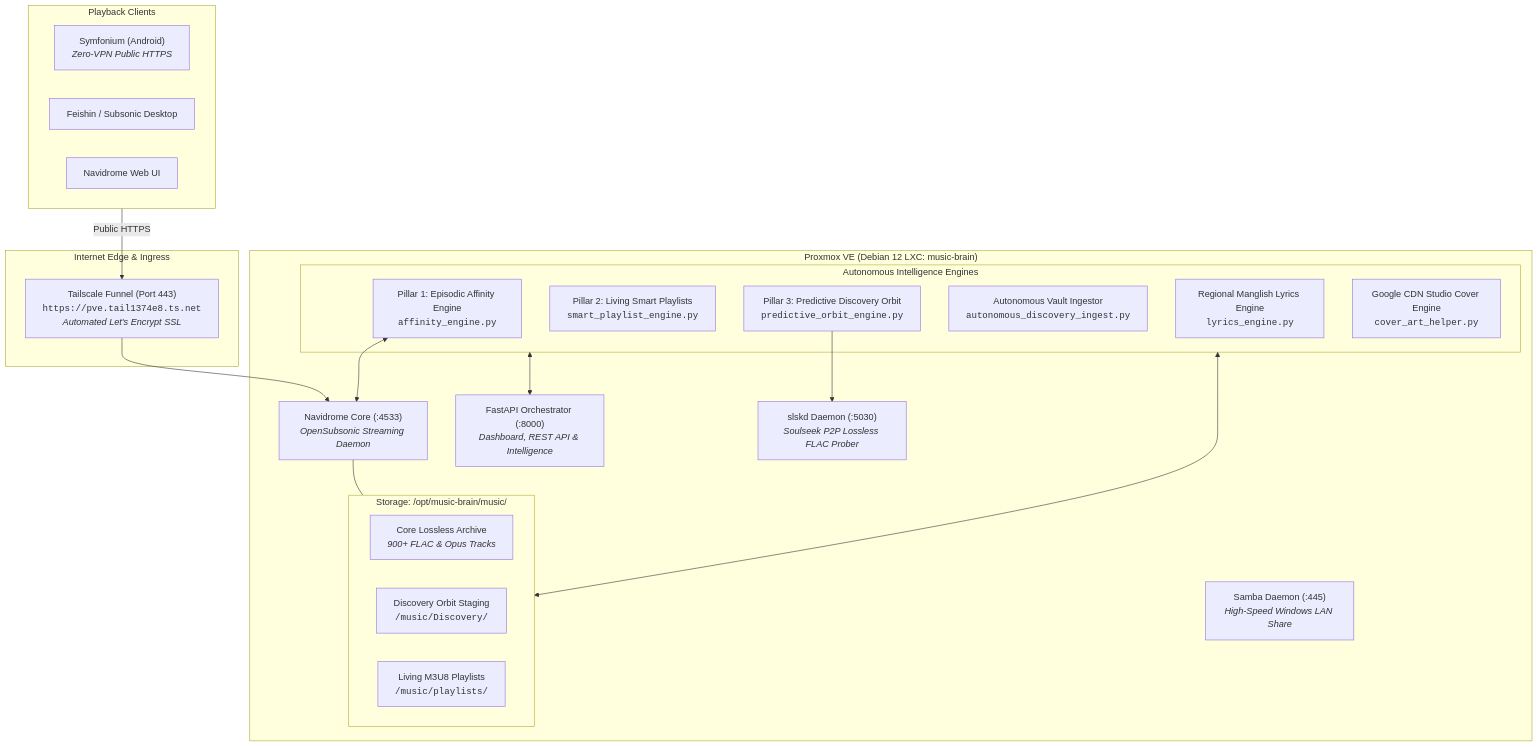
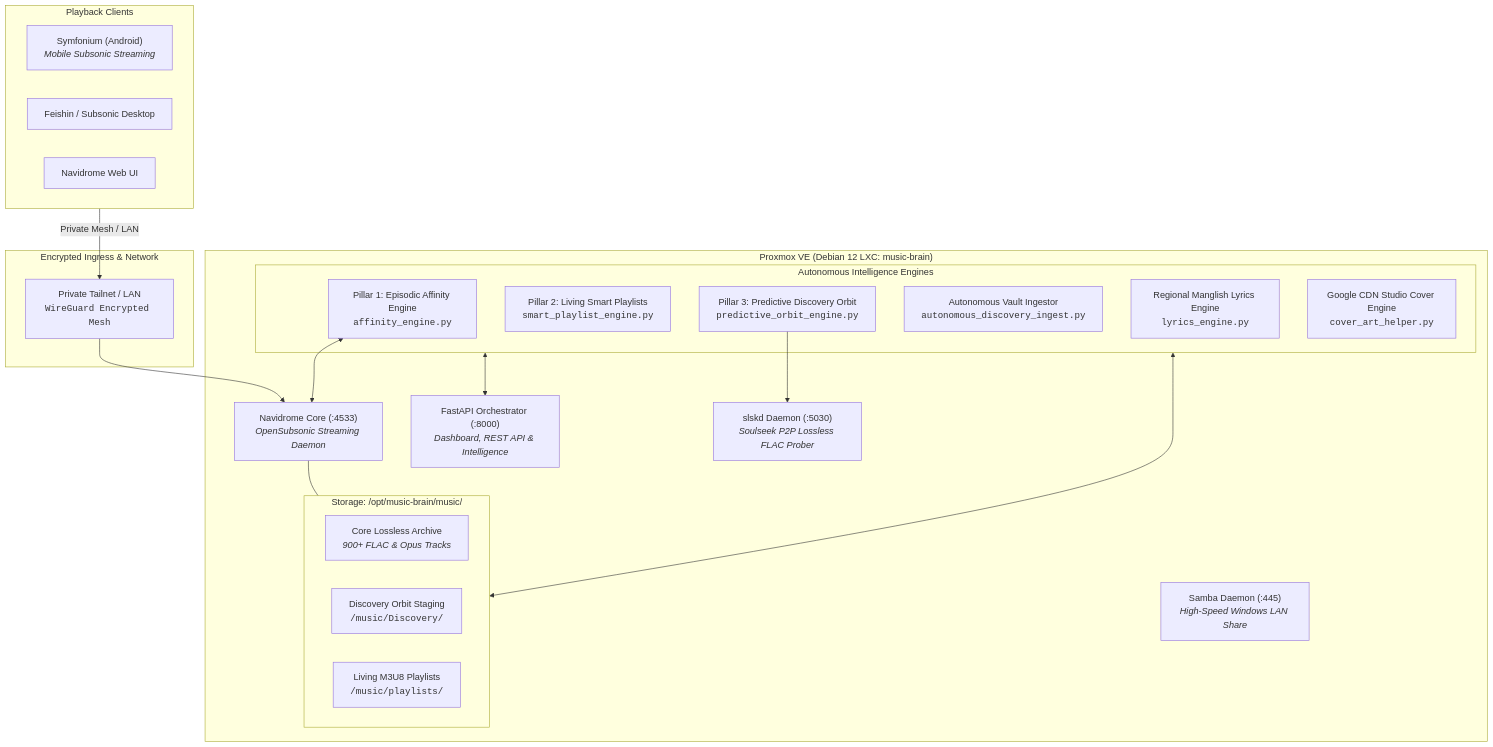
The first of 2 diagrams in README.md (Ihsan01i/Lossless-Vault), drawn with Mermaid before and after one commit. The commit also changed other lines of this file, not shown here.

Commit message:
docs: update architecture and streaming docs to private tailnet ingress

````diff
--- a/README.md
+++ b/README.md
@@ -17,42 +17,42 @@
 ```mermaid
 flowchart TD
     subgraph Clients["Playback Clients"]
-        SYM["Symfonium (Android)<br><i>Zero-VPN Public HTTPS</i>"]
+        SYM["Symfonium (Android)<br><i>Mobile Subsonic Streaming</i>"]
         FEI["Feishin / Subsonic Desktop"]
         WEB["Navidrome Web UI"]
     end
 
-    subgraph Ingress["Internet Edge & Ingress"]
-        TF["Tailscale Funnel (Port 443)<br><code>https://pve.tail1374e8.ts.net</code><br><i>Automated Let's Encrypt SSL</i>"]
+    subgraph Ingress["Encrypted Ingress & Network"]
+        TF["Private Tailnet / LAN<br><code>WireGuard Encrypted Mesh</code>"]
     end
 
     subgraph Proxmox["Proxmox VE (Debian 12 LXC: music-brain)"]
         NAVI["Navidrome Core (:4533)<br><i>OpenSubsonic Streaming Daemon</i>"]
         FASTAPI["FastAPI Orchestrator (:8000)<br><i>Dashboard, REST API & Intelligence</i>"]
         SLSK["slskd Daemon (:5030)<br><i>Soulseek P2P Lossless FLAC Prober</i>"]
         SAMBA["Samba Daemon (:445)<br><i>High-Speed Windows LAN Share</i>"]
         
         subgraph AutonomousEngines["Autonomous Intelligence Engines"]
             P1["Pillar 1: Episodic Affinity Engine<br><code>affinity_engine.py</code>"]
             P2["Pillar 2: Living Smart Playlists<br><code>smart_playlist_engine.py</code>"]
             P3["Pillar 3: Predictive Discovery Orbit<br><code>predictive_orbit_engine.py</code>"]
             INGEST["Autonomous Vault Ingestor<br><code>autonomous_discovery_ingest.py</code>"]
             LYRICS["Regional Manglish Lyrics Engine<br><code>lyrics_engine.py</code>"]
             COVER["Google CDN Studio Cover Engine<br><code>cover_art_helper.py</code>"]
         end
 
         subgraph Storage["Storage: /opt/music-brain/music/"]
             VAULT["Core Lossless Archive<br><i>900+ FLAC & Opus Tracks</i>"]
             DISC["Discovery Orbit Staging<br><code>/music/Discovery/</code>"]
             PLAYLISTS["Living M3U8 Playlists<br><code>/music/playlists/</code>"]
         end
     end
 
-    Clients -->|"Public HTTPS"| TF
+    Clients -->|"Private Mesh / LAN"| TF
     TF --> NAVI
     NAVI --- Storage
     AutonomousEngines <--> Storage
     AutonomousEngines <--> FASTAPI
     P3 --> SLSK
     P1 <--> NAVI
 ```
````
